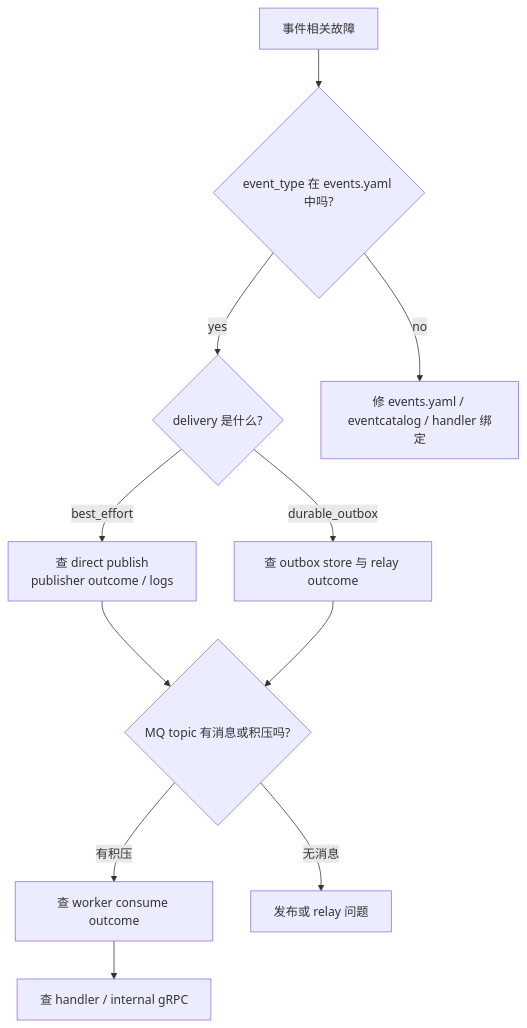
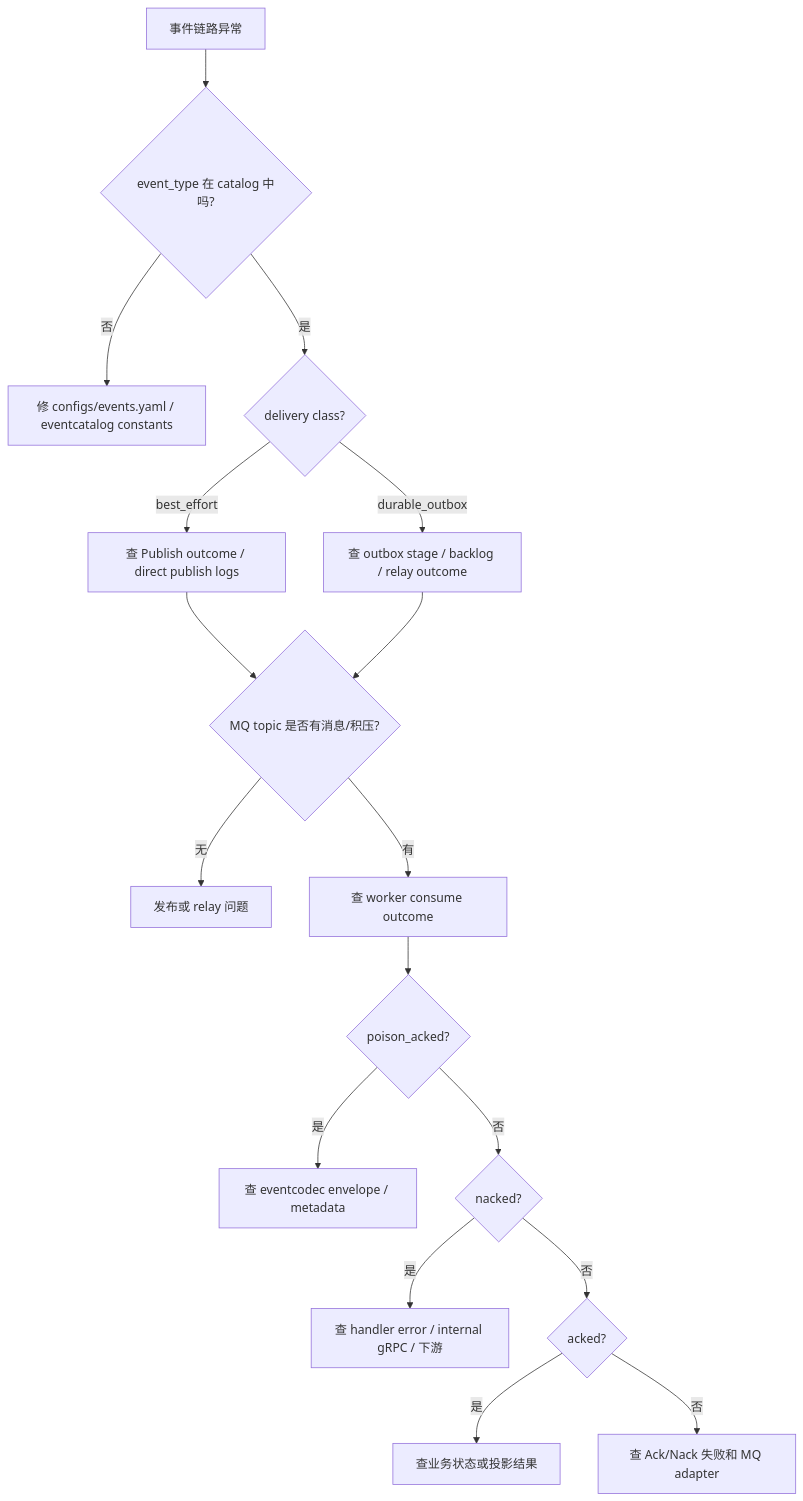
One commit to FangcunMount/qs-server changed the second of 2 diagrams in docs/03-基础设施/event/05-观测与排障.md. Above: the diagram before and after it, drawn with Mermaid. The commit also changed other lines of this file and 9 other files, not shown here.

````diff
--- a/docs/03-基础设施/event/05-观测与排障.md
+++ b/docs/03-基础设施/event/05-观测与排障.md
@@ -119,22 +390,25 @@
 ```mermaid
 flowchart TD
-    start["事件相关故障"]
-    known{"event_type 在 events.yaml 中吗?"}
-    delivery{"delivery 是什么?"}
-    direct["查 direct publish<br/>publisher outcome / logs"]
-    outbox["查 outbox store 与 relay outcome"]
-    mq{"MQ topic 有消息或积压吗?"}
-    worker["查 worker consume outcome"]
-    handler["查 handler / internal gRPC"]
+    start["事件链路异常"] --> catalog{"event_type 在 catalog 中吗?"}
+    catalog -- 否 --> fixCatalog["修 configs/events.yaml / eventcatalog constants"]
+    catalog -- 是 --> delivery{"delivery class?"}
 
-    start --> known
-    known -->|no| catalog["修 events.yaml / eventcatalog / handler 绑定"]
-    known -->|yes| delivery
-    delivery -->|best_effort| direct
-    delivery -->|durable_outbox| outbox
-    direct --> mq
-    outbox --> mq
-    mq -->|无消息| publishIssue["发布或 relay 问题"]
-    mq -->|有积压| worker
-    worker --> handler
+    delivery -- best_effort --> pub["查 Publish outcome / direct publish logs"]
+    delivery -- durable_outbox --> ob["查 outbox stage / backlog / relay outcome"]
+
+    pub --> mq{"MQ topic 是否有消息/积压?"}
+    ob --> mq
+
+    mq -- 无 --> publishIssue["发布或 relay 问题"]
+    mq -- 有 --> consume["查 worker consume outcome"]
+
+    consume --> poison{"poison_acked?"}
+    poison -- 是 --> codec["查 eventcodec envelope / metadata"]
+    poison -- 否 --> nacked{"nacked?"}
+
+    nacked -- 是 --> handler["查 handler error / internal gRPC / 下游"]
+    nacked -- 否 --> acked{"acked?"}
+
+    acked -- 是 --> business["查业务状态或投影结果"]
+    acked -- 否 --> ackErr["查 Ack/Nack 失败和 MQ adapter"]
 ```
````
